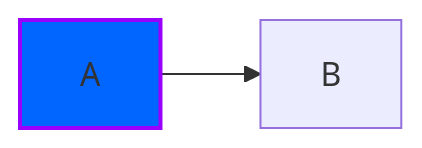
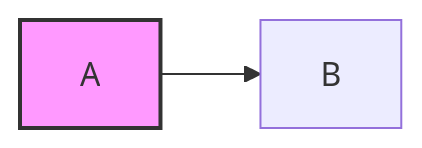
Before and after one commit to giorgio-bendoni/giorgio-bendoni.github.io: the third of 3 diagrams in myworkflow.md, drawn with Mermaid. The commit also changed other lines of this file, not shown here.

```diff
--- a/myworkflow.md
+++ b/myworkflow.md
@@ -35,5 +36,5 @@
 <div class="mermaid">
 graph LR
     A --> B
-  style A fill:#0066ff,stroke:#9900ff,stroke-width:2px
+  style A fill:#f9f,stroke:#333,stroke-width:2px
 </div>
```
